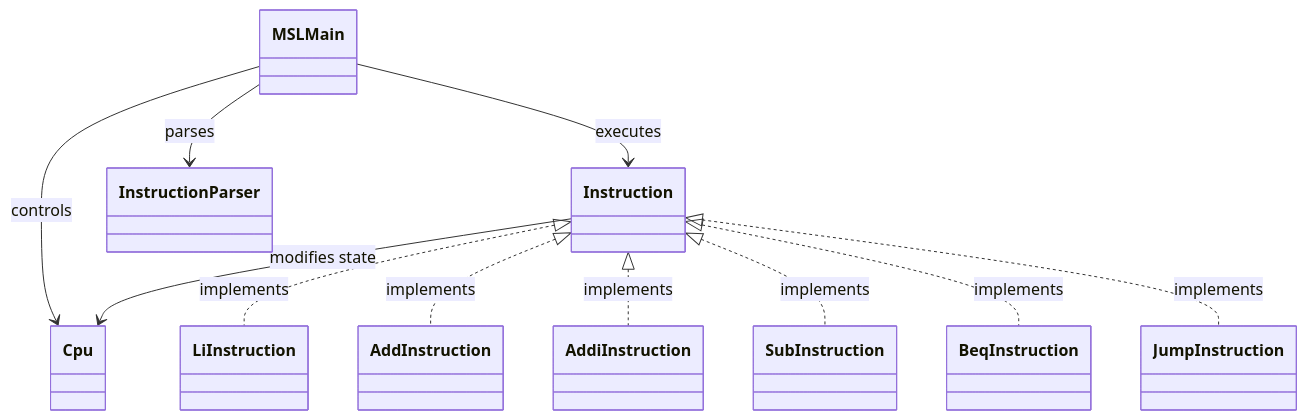
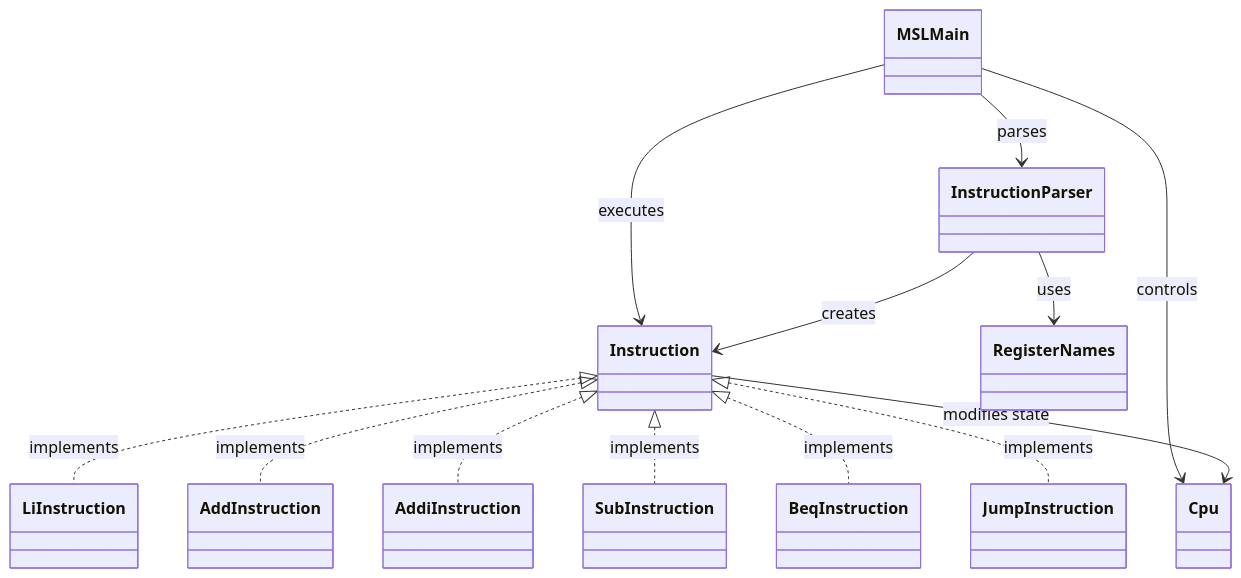
Before and after one commit to mkunori/MipsStepLab: the diagram in README.md, drawn with Mermaid. The commit also changed other lines of this file and 3 other files, not shown here.

````diff
--- a/README.md
+++ b/README.md
@@ -76,25 +61,27 @@
 ```mermaid
 classDiagram
   class MSLMain
   class Cpu
   class Instruction
   class LiInstruction
   class AddInstruction
   class AddiInstruction
   class SubInstruction
   class BeqInstruction
   class JumpInstruction
 
   Instruction <|.. LiInstruction : implements
   Instruction <|.. AddInstruction : implements
   Instruction <|.. AddiInstruction : implements
   Instruction <|.. SubInstruction : implements
   Instruction <|.. BeqInstruction : implements
   Instruction <|.. JumpInstruction : implements
 
   MSLMain --> InstructionParser : parses
   MSLMain --> Cpu : controls
   MSLMain --> Instruction : executes
 
   Instruction --> Cpu : modifies state
+  InstructionParser --> Instruction : creates
+  InstructionParser --> RegisterNames : uses
 ```
````
